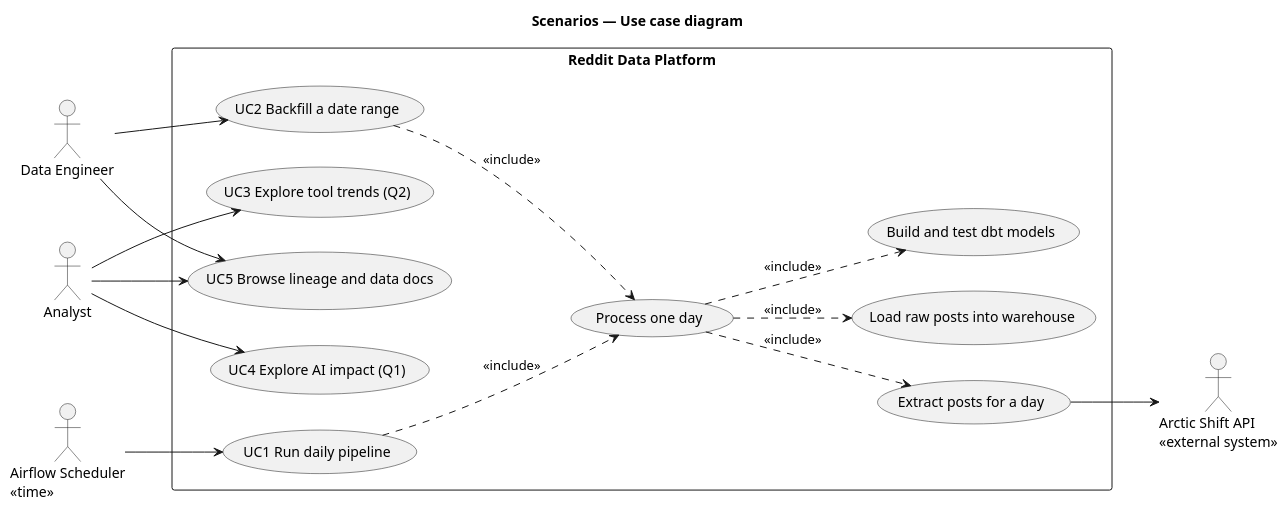
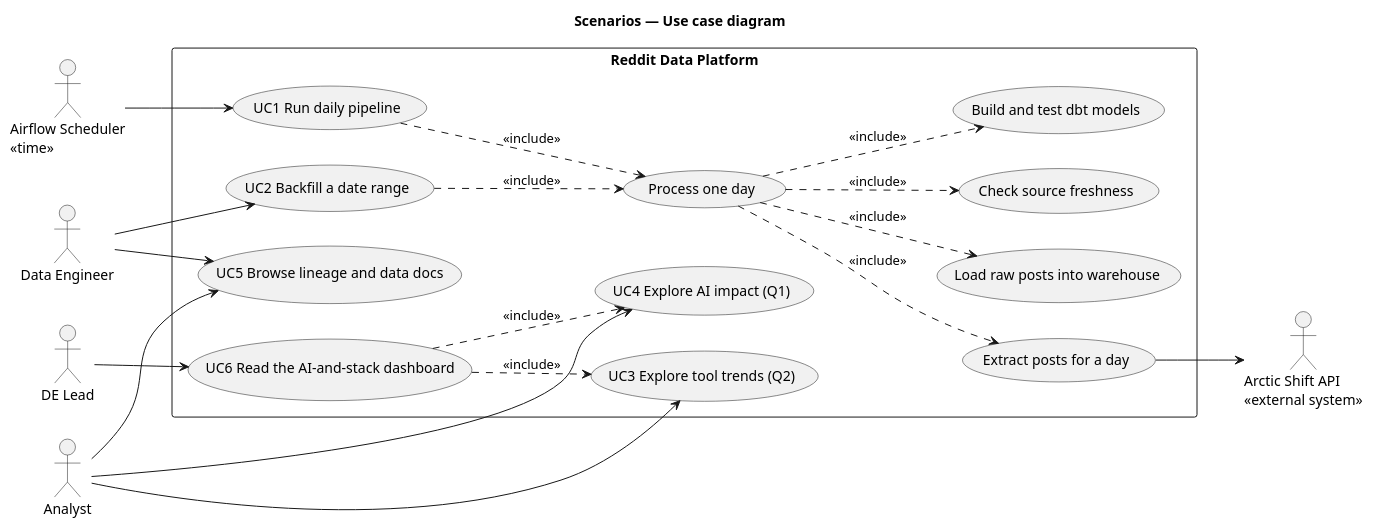
One commit to modsomjeed/reddit-dataeng changed the diagram in docs/architecture/diagrams/use-case.puml. Above: the diagram before and after it, drawn with PlantUML. The commit also changed 16 other files, not shown here.

Commit message:
docs(architecture): update views for dashboard, governance and freshness

```diff
--- a/docs/architecture/diagrams/use-case.puml
+++ b/docs/architecture/diagrams/use-case.puml
@@ -1,38 +1,45 @@
 @startuml use-case
 title Scenarios — Use case diagram
 left to right direction
 skinparam packageStyle rectangle
 skinparam shadowing false
 
 actor "Data Engineer" as de
 actor "Analyst" as analyst
+actor "DE Lead" as lead
 actor "Airflow Scheduler\n<<time>>" as scheduler
 actor "Arctic Shift API\n<<external system>>" as arctic
 
 rectangle "Reddit Data Platform" {
   usecase "UC1 Run daily pipeline" as uc1
   usecase "UC2 Backfill a date range" as uc2
   usecase "Process one day" as ucDay
   usecase "Extract posts for a day" as ucExtract
   usecase "Load raw posts into warehouse" as ucLoad
+  usecase "Check source freshness" as ucFresh
   usecase "Build and test dbt models" as ucBuild
   usecase "UC3 Explore tool trends (Q2)" as uc3
   usecase "UC4 Explore AI impact (Q1)" as uc4
   usecase "UC5 Browse lineage and data docs" as uc5
+  usecase "UC6 Read the AI-and-stack dashboard" as uc6
 }
 
 scheduler --> uc1
 de --> uc2
 de --> uc5
 analyst --> uc3
 analyst --> uc4
 analyst --> uc5
+lead --> uc6
 
 uc1 ..> ucDay : <<include>>
 uc2 ..> ucDay : <<include>>
 ucDay ..> ucExtract : <<include>>
 ucDay ..> ucLoad : <<include>>
+ucDay ..> ucFresh : <<include>>
 ucDay ..> ucBuild : <<include>>
 
 ucExtract --> arctic
+uc6 ..> uc3 : <<include>>
+uc6 ..> uc4 : <<include>>
 @enduml
```
